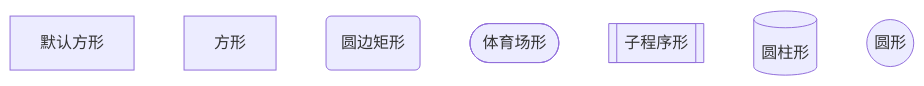
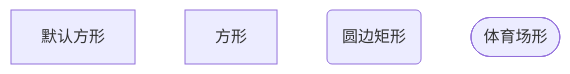
The eighth of 12 diagrams in mermaid.md (rockyzhao5421/notes), drawn with Mermaid before and after one commit. The commit also changed other lines of this file, not shown here.

````diff
--- a/mermaid.md
+++ b/mermaid.md
@@ -154,12 +154,9 @@
 ```mermaid
 
 graph
     默认方形
     id1[方形]
     id2(圆边矩形)
     id3([体育场形])
-    id4[[子程序形]]
-    id5[(圆柱形)]
-    id6((圆形))
 
 ```
````
